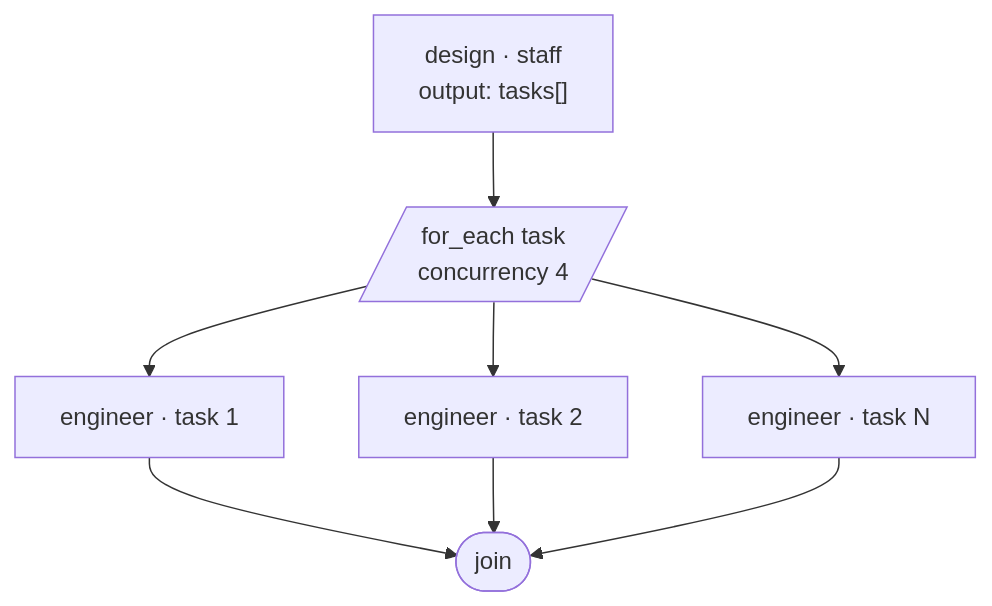
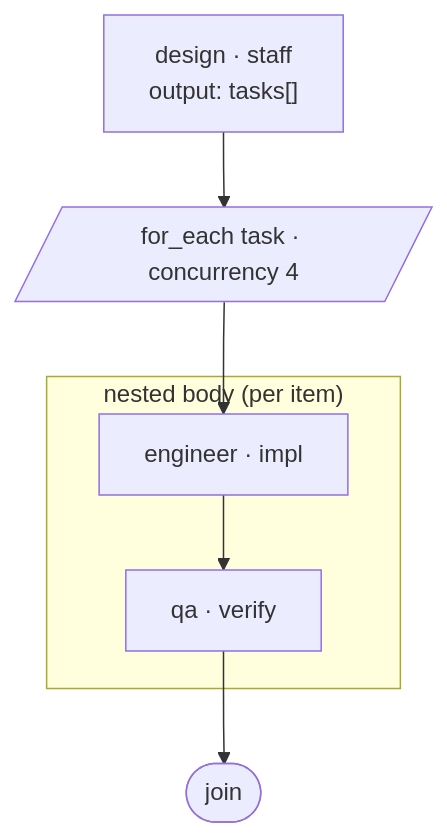
Before and after one commit to orlandoburli/apiary: the second of 4 diagrams in openspec/changes/workflow-sequential-authoring/design.md, drawn with Mermaid. The commit also changed other lines of this file and 2 other files, not shown here.

First line of the commit message:
docs(openspec): composicao por aninhamento visual (nested steps) + join explicito

````diff
--- a/openspec/changes/workflow-sequential-authoring/design.md
+++ b/openspec/changes/workflow-sequential-authoring/design.md
@@ -192,10 +268,9 @@
 ```mermaid
 flowchart TD
-  design["design · staff<br/>output: tasks[]"] --> fe[/"for_each task<br/>concurrency 4"/]
-  fe --> t1["engineer · task 1"]
-  fe --> t2["engineer · task 2"]
-  fe --> tn["engineer · task N"]
-  t1 --> j([join])
-  t2 --> j
-  tn --> j
+  design["design · staff<br/>output: tasks[]"] --> fe[/"for_each task · concurrency 4"/]
+  subgraph body["nested body (per item)"]
+    impl["engineer · impl"] --> verify["qa · verify"]
+  end
+  fe --> impl
+  verify --> j([join])
 ```
````
